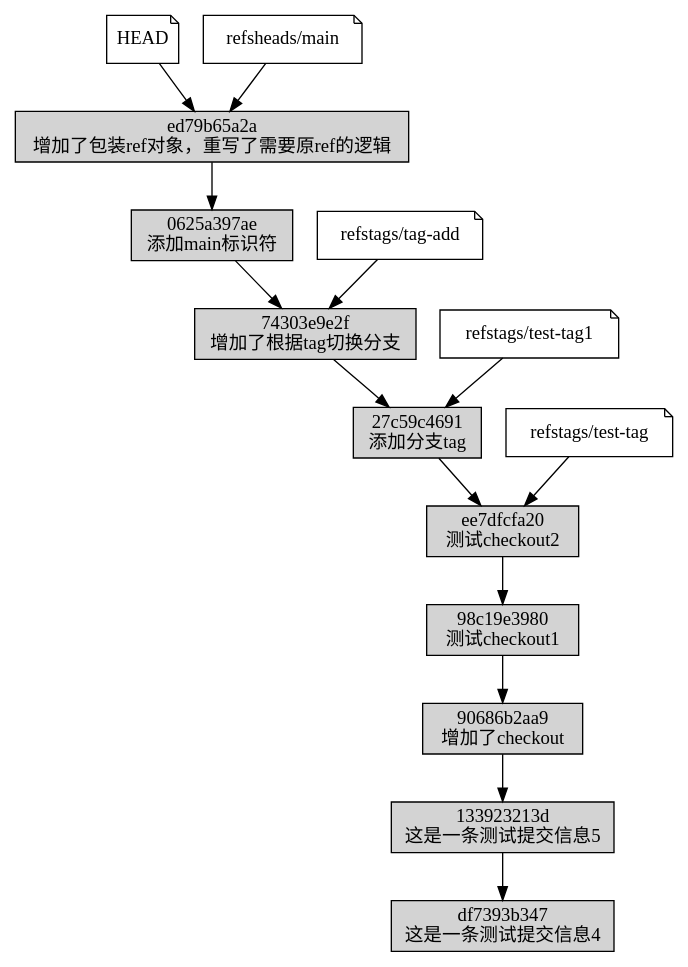
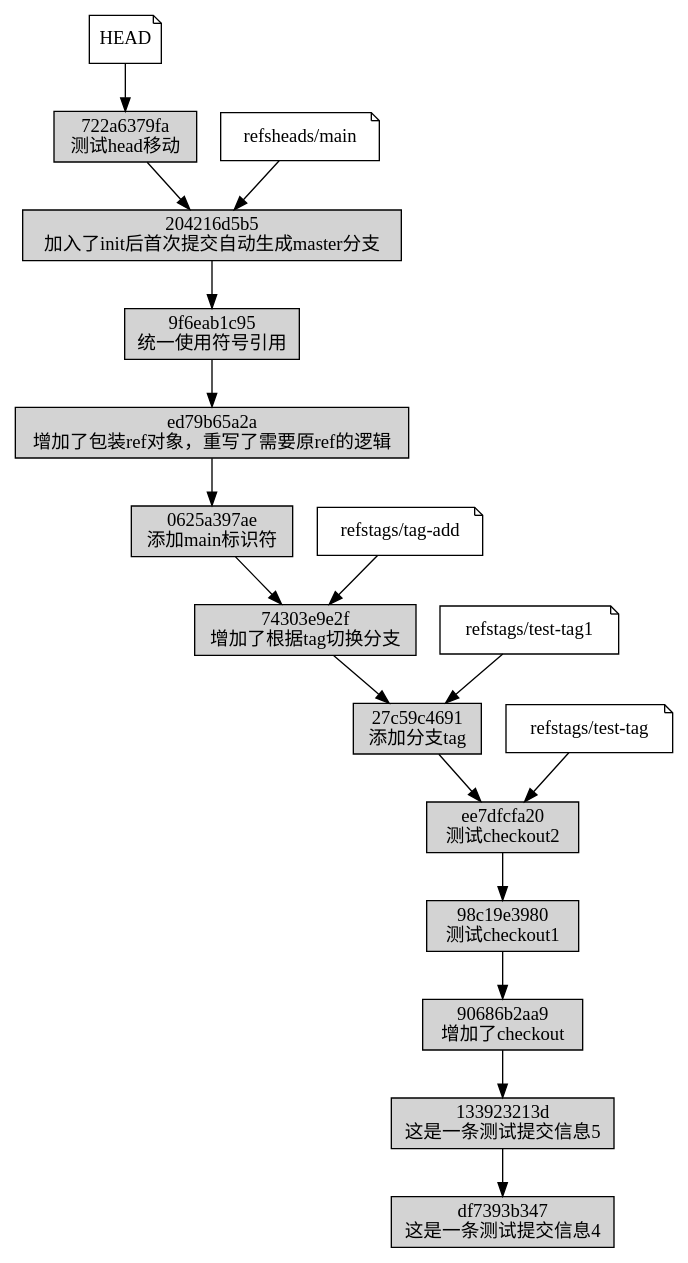
The diagram in graph.dot (ZLaoShi/ugit), drawn with Graphviz before and after one commit. The commit also changed 21 other files, not shown here.

```diff
--- a/graph.dot
+++ b/graph.dot
@@ -1,41 +1,50 @@
 digraph commits {
     graph [fontname="Microsoft YaHei"];
     node [fontname="Microsoft YaHei"];
     edge [fontname="Microsoft YaHei"];
 "HEAD" [shape=note]
-"HEAD" -> "ed79b65a2a7f735639fffa090b74803dd0ff0155"
+"HEAD" -> "722a6379fa9a878d13361c9f6940bbd71c73e8e3"
 "refs\heads/main" [shape=note]
-"refs\heads/main" -> "ed79b65a2a7f735639fffa090b74803dd0ff0155"
+"refs\heads/main" -> "204216d5b54da24a706520c9e1f16d5590360a94"
 "refs\tags/tag-add" [shape=note]
 "refs\tags/tag-add" -> "74303e9e2f50ee066a7eae99e1e4a0fbecca150a"
 "refs\tags/test-tag" [shape=note]
 "refs\tags/test-tag" -> "ee7dfcfa2006967df7b4d5b1092cb46d33919e38"
 "refs\tags/test-tag1" [shape=note]
 "refs\tags/test-tag1" -> "27c59c4691cce27beedad6747191a58f078ec5e6"
+"204216d5b54da24a706520c9e1f16d5590360a94" [shape=box style=filled label="204216d5b5
+加入了init后首次提交自动生成master分支"]
+"204216d5b54da24a706520c9e1f16d5590360a94" -> "9f6eab1c952b2c271ef907528e1022d09c3804c7"
+"9f6eab1c952b2c271ef907528e1022d09c3804c7" [shape=box style=filled label="9f6eab1c95
+统一使用符号引用"]
+"9f6eab1c952b2c271ef907528e1022d09c3804c7" -> "ed79b65a2a7f735639fffa090b74803dd0ff0155"
 "ed79b65a2a7f735639fffa090b74803dd0ff0155" [shape=box style=filled label="ed79b65a2a
 增加了包装ref对象，重写了需要原ref的逻辑"]
 "ed79b65a2a7f735639fffa090b74803dd0ff0155" -> "0625a397aeefc117401a402b3848126f5710cd24"
 "0625a397aeefc117401a402b3848126f5710cd24" [shape=box style=filled label="0625a397ae
 添加main标识符"]
 "0625a397aeefc117401a402b3848126f5710cd24" -> "74303e9e2f50ee066a7eae99e1e4a0fbecca150a"
 "74303e9e2f50ee066a7eae99e1e4a0fbecca150a" [shape=box style=filled label="74303e9e2f
 增加了根据tag切换分支"]
 "74303e9e2f50ee066a7eae99e1e4a0fbecca150a" -> "27c59c4691cce27beedad6747191a58f078ec5e6"
 "27c59c4691cce27beedad6747191a58f078ec5e6" [shape=box style=filled label="27c59c4691
 添加分支tag"]
 "27c59c4691cce27beedad6747191a58f078ec5e6" -> "ee7dfcfa2006967df7b4d5b1092cb46d33919e38"
 "ee7dfcfa2006967df7b4d5b1092cb46d33919e38" [shape=box style=filled label="ee7dfcfa20
 测试checkout2"]
 "ee7dfcfa2006967df7b4d5b1092cb46d33919e38" -> "98c19e3980ec0b493b19f1af87f028c25fd93b3a"
 "98c19e3980ec0b493b19f1af87f028c25fd93b3a" [shape=box style=filled label="98c19e3980
 测试checkout1"]
 "98c19e3980ec0b493b19f1af87f028c25fd93b3a" -> "90686b2aa9b6d5c972ab09086dcf1bc644370ccd"
 "90686b2aa9b6d5c972ab09086dcf1bc644370ccd" [shape=box style=filled label="90686b2aa9
 增加了checkout"]
 "90686b2aa9b6d5c972ab09086dcf1bc644370ccd" -> "133923213dbc50e0476aceadfc15823d6cc1a431"
 "133923213dbc50e0476aceadfc15823d6cc1a431" [shape=box style=filled label="133923213d
 这是一条测试提交信息5"]
 "133923213dbc50e0476aceadfc15823d6cc1a431" -> "df7393b3474aa723efaaf39c94f7304057dbeca6"
 "df7393b3474aa723efaaf39c94f7304057dbeca6" [shape=box style=filled label="df7393b347
 这是一条测试提交信息4"]
+"722a6379fa9a878d13361c9f6940bbd71c73e8e3" [shape=box style=filled label="722a6379fa
+测试head移动"]
+"722a6379fa9a878d13361c9f6940bbd71c73e8e3" -> "204216d5b54da24a706520c9e1f16d5590360a94"
 }
```
